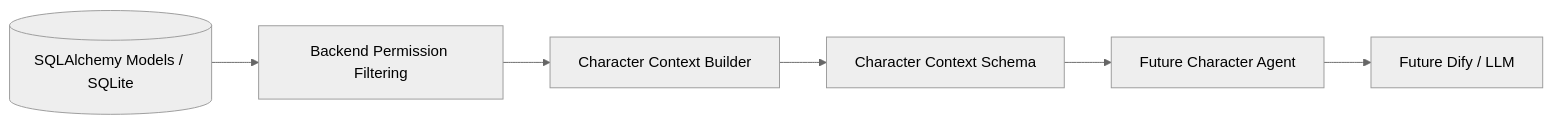
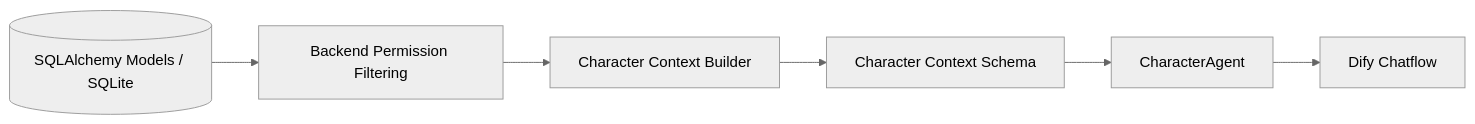
One commit to leerenxunlll/ollama-project changed the fifth of 5 diagrams in dify-project/docs/architecture.md. Above: the diagram before and after it, drawn with Mermaid (neutral theme). The commit also changed other lines of this file and 19 other files, not shown here.

````diff
--- a/dify-project/docs/architecture.md
+++ b/dify-project/docs/architecture.md
@@ -102,8 +128,8 @@
 ```mermaid
 flowchart LR
     Database[(SQLAlchemy Models / SQLite)] --> Filter[Backend Permission Filtering]
     Filter --> Builder[Character Context Builder]
     Builder --> Context[Character Context Schema]
-    Context --> Agent[Future Character Agent]
-    Agent --> Dify[Future Dify / LLM]
+    Context --> Agent[CharacterAgent]
+    Agent --> Dify[Dify Chatflow]
 ```
````
